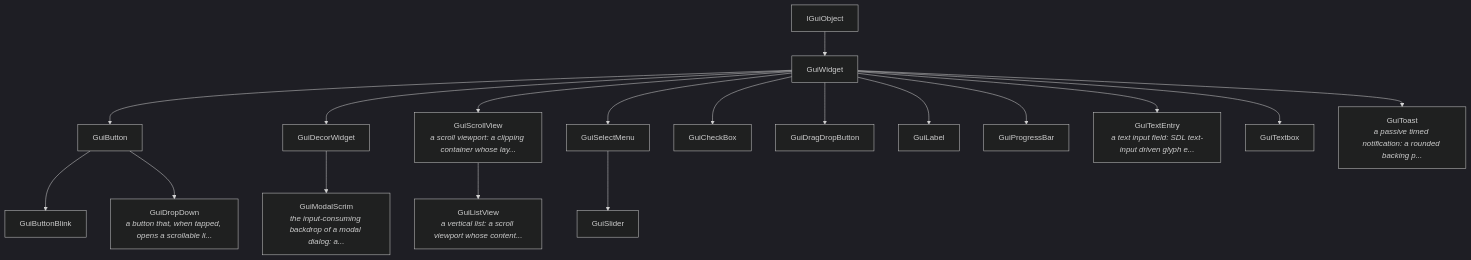
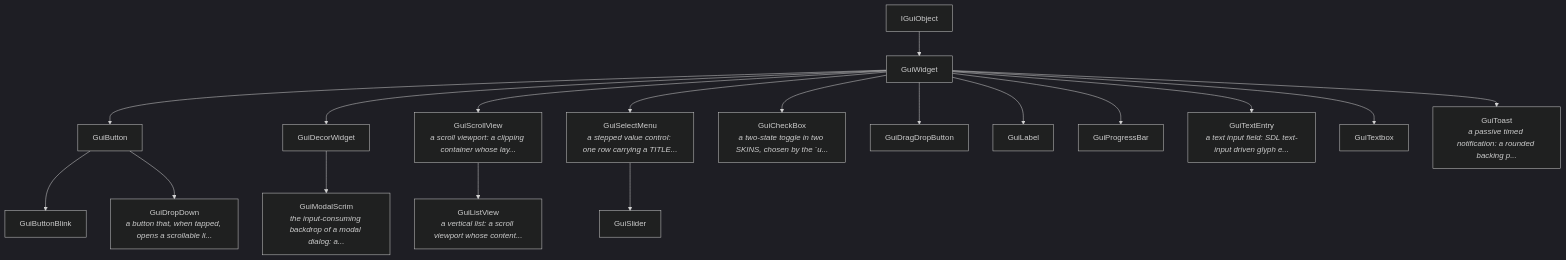
The diagram in Docs/gui.md (orkitec/orkige), drawn with Mermaid (dark theme) before and after one commit. The commit also changed other lines of this file and 23 other files, not shown here.

````diff
--- a/Docs/gui.md
+++ b/Docs/gui.md
@@ -322,38 +323,38 @@
 ```mermaid
 graph TD
     GuiButton["GuiButton"]
     GuiButtonBlink["GuiButtonBlink"]
     GuiDropDown["GuiDropDown<br/><i>a button that, when tapped, opens a scrollable li...</i>"]
     GuiDecorWidget["GuiDecorWidget"]
     GuiModalScrim["GuiModalScrim<br/><i>the input-consuming backdrop of a modal dialog: a...</i>"]
     GuiScrollView["GuiScrollView<br/><i>a scroll viewport: a clipping container whose lay...</i>"]
     GuiListView["GuiListView<br/><i>a vertical list: a scroll viewport whose content...</i>"]
-    GuiSelectMenu["GuiSelectMenu"]
+    GuiSelectMenu["GuiSelectMenu<br/><i>a stepped value control: one row carrying a TITLE...</i>"]
     GuiSlider["GuiSlider"]
     GuiWidget["GuiWidget"]
-    GuiCheckBox["GuiCheckBox"]
+    GuiCheckBox["GuiCheckBox<br/><i>a two-state toggle in two SKINS, chosen by the `u...</i>"]
     GuiDragDropButton["GuiDragDropButton"]
     GuiLabel["GuiLabel"]
     GuiProgressBar["GuiProgressBar"]
     GuiTextEntry["GuiTextEntry<br/><i>a text input field: SDL text-input driven glyph e...</i>"]
     GuiTextbox["GuiTextbox"]
     GuiToast["GuiToast<br/><i>a passive timed notification: a rounded backing p...</i>"]
     IGuiObject["IGuiObject"]
     GuiButton --> GuiButtonBlink
     GuiButton --> GuiDropDown
     GuiDecorWidget --> GuiModalScrim
     GuiScrollView --> GuiListView
     GuiSelectMenu --> GuiSlider
     GuiWidget --> GuiButton
     GuiWidget --> GuiCheckBox
     GuiWidget --> GuiDecorWidget
     GuiWidget --> GuiDragDropButton
     GuiWidget --> GuiLabel
     GuiWidget --> GuiProgressBar
     GuiWidget --> GuiScrollView
     GuiWidget --> GuiSelectMenu
     GuiWidget --> GuiTextEntry
     GuiWidget --> GuiTextbox
     GuiWidget --> GuiToast
     IGuiObject --> GuiWidget
 ```
````
